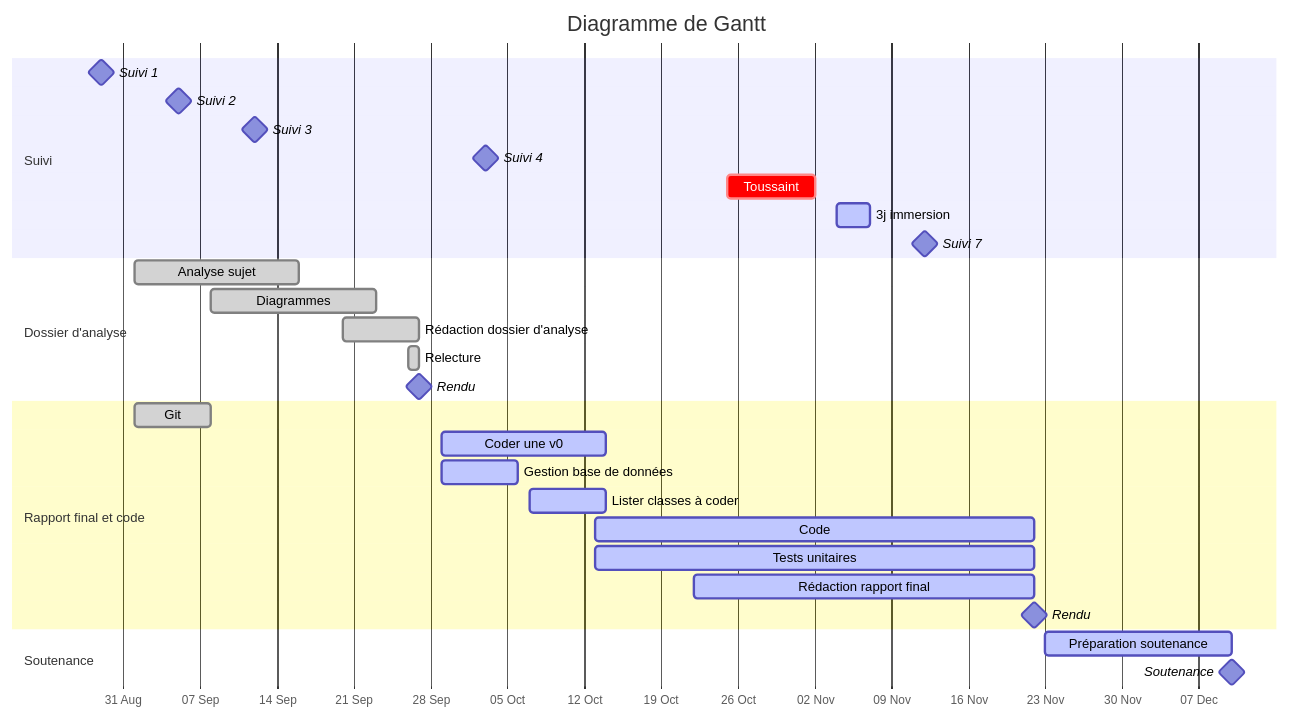
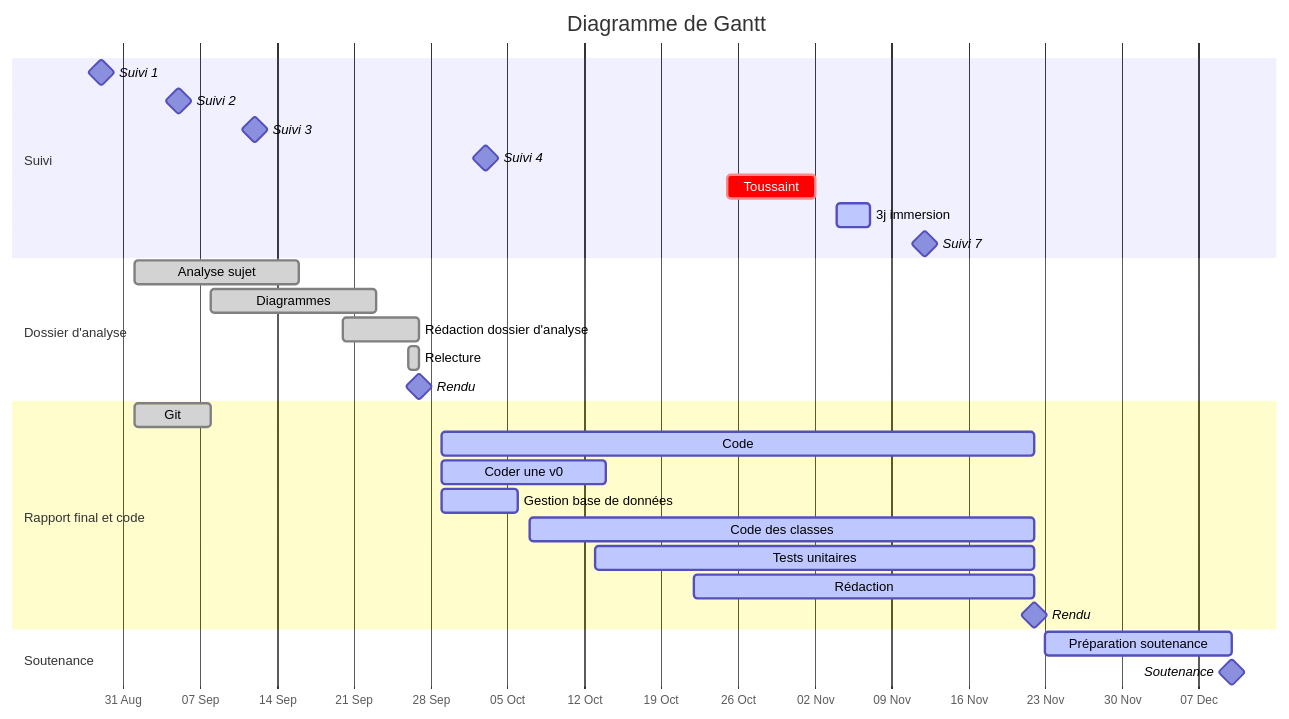
The first of 2 diagrams in doc/diag_gantt.md (bbrunel/ENSAI-2A-projet-info), drawn with Mermaid before and after one commit.

Commit message:
Diag Gantt code

````diff
--- a/doc/diag_gantt.md
+++ b/doc/diag_gantt.md
@@ -1,39 +1,39 @@
 ```mermaid
 gantt
     %% doc : https://mermaid-js.github.io/mermaid/#/./gantt
     dateFormat  YYYY-MM-DD
     axisFormat  %d %b
     title       Diagramme de Gantt
     %%excludes  YYYY-MM-DD and/or sunday and/or weekends 
      
     section Suivi
     Suivi 1                      :milestone, 2025-08-29,
     Suivi 2                      :milestone, 2025-09-05,
     Suivi 3                      :milestone, 2025-09-12,
     Suivi 4                      :milestone, 2025-10-03,
     Toussaint                    :crit,    2025-10-25, 2025-11-02
     3j immersion                 :active,    2025-11-04, 3d
     Suivi 7                      :milestone, 2025-11-17
 
     section Dossier d'analyse
     Analyse sujet                :done,      2025-09-01, 15d
     Diagrammes                   :done,    2025-09-08, 15d
     Rédaction dossier d'analyse  :done,    2025-09-20, 2025-09-27
     Relecture                    :done,    2025-09-26, 2025-09-27
     Rendu                        :milestone, 2025-09-27,
     
     section Rapport final et code
     Git                          :done,    2025-09-01, 7d
+    Code                         :active,    2025-09-29, 2025-11-22
     Coder une v0                 :active,    2025-09-29, 15d
     Gestion base de données      :active,    2025-09-29, 7d
-    Lister classes à coder       :active,    2025-10-07, 7d
-    Code                         :active,    2025-10-13, 2025-11-22
+    Code des classes             :active,    2025-10-07, 2025-11-22
     Tests unitaires              :active,    2025-10-13, 2025-11-22
-    Rédaction rapport final      :active,    2025-10-22, 2025-11-22
+    Rédaction                    :active,    2025-10-22, 2025-11-22
     Rendu                        :milestone, 2025-11-22,
 
     section Soutenance
     Préparation soutenance       :active,    2025-11-23, 2025-12-10
     Soutenance                   :milestone, 2025-12-10,
 
 ```
````
